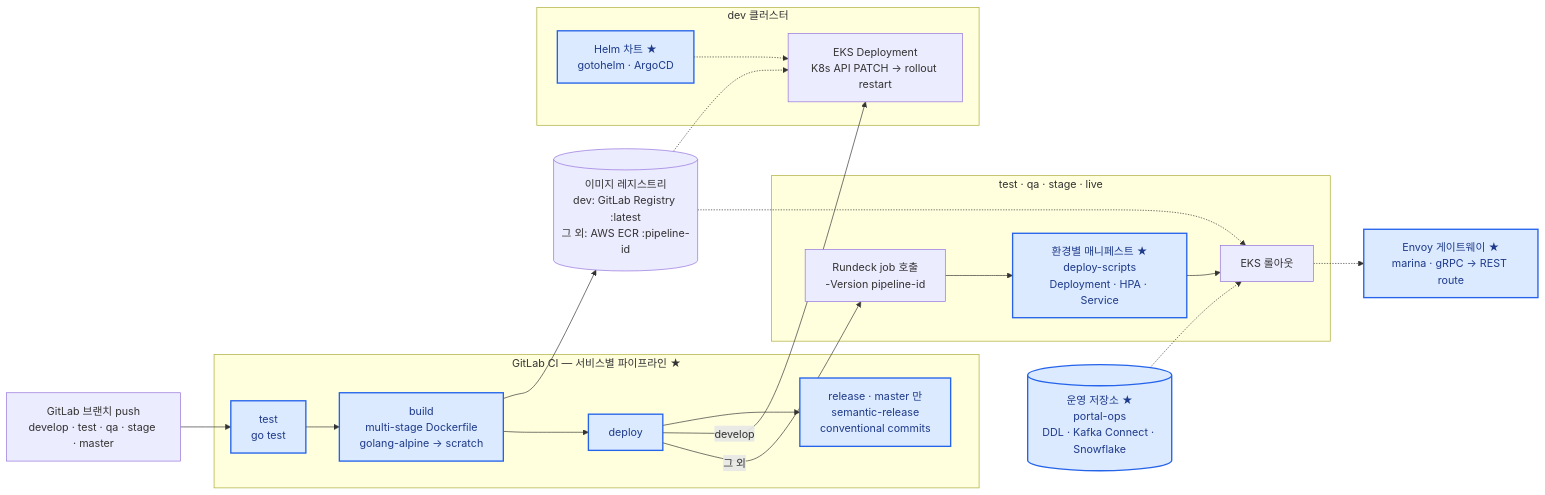
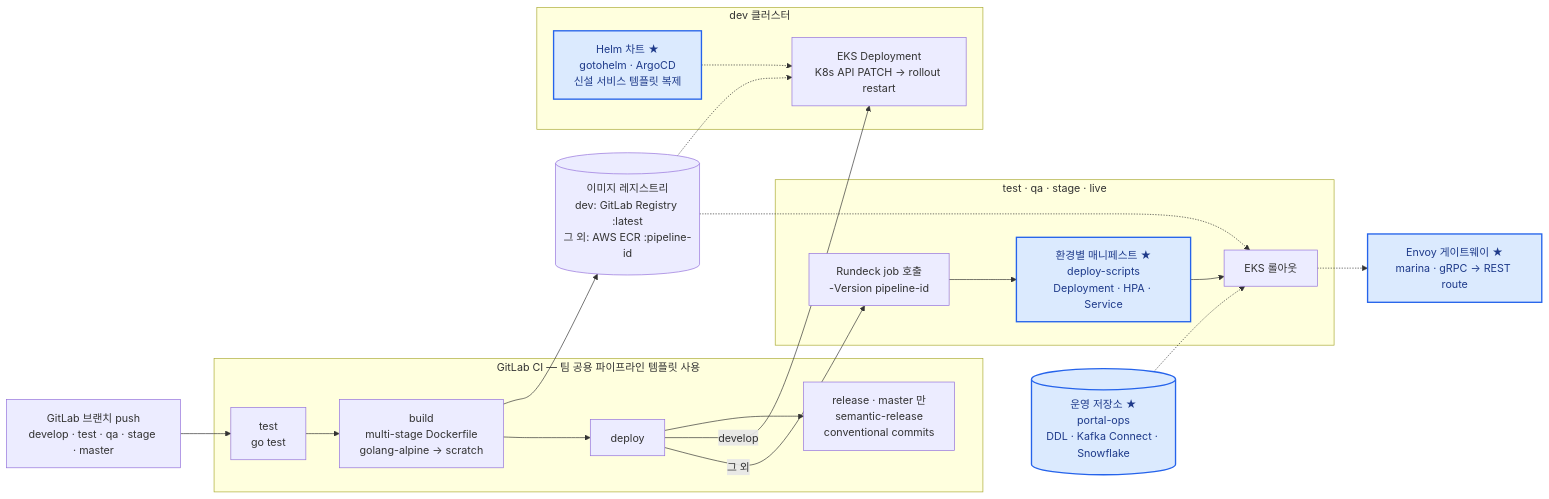
Before and after one commit to shalwxy/career: the diagram in content/diagrams/cicd.mmd, drawn with Mermaid. The commit also changed 9 other files, not shown here.

```diff
--- a/content/diagrams/cicd.mmd
+++ b/content/diagrams/cicd.mmd
@@ -1,33 +1,33 @@
-%% title: CI/CD — 브랜치 push 부터 EKS 롤아웃까지 (★ = 직접 작성·유지한 설정)
-%% title_en: CI/CD — from branch push to EKS rollout (★ = config I wrote or maintained)
+%% title: CI/CD — 브랜치 push 부터 EKS 롤아웃까지 (팀 공용 파이프라인 · ★ = 기존 패턴을 복제해 직접 추가·보수한 설정)
+%% title_en: CI/CD — from branch push to EKS rollout (team pipeline · ★ = config I added or maintained by copying existing patterns)
 flowchart LR
     BR[GitLab 브랜치 push<br/>develop · test · qa · stage · master]
-    subgraph CI[GitLab CI — 서비스별 파이프라인 ★]
+    subgraph CI[GitLab CI — 팀 공용 파이프라인 템플릿 사용]
         T[test<br/>go test]
         B[build<br/>multi-stage Dockerfile<br/>golang-alpine → scratch]
         D[deploy]
         R[release · master 만<br/>semantic-release<br/>conventional commits]
     end
     REG[(이미지 레지스트리<br/>dev: GitLab Registry :latest<br/>그 외: AWS ECR :pipeline-id)]
     subgraph DEV[dev 클러스터]
-        H[Helm 차트 ★<br/>gotohelm · ArgoCD]
+        H[Helm 차트 ★<br/>gotohelm · ArgoCD<br/>신설 서비스 템플릿 복제]
         K1[EKS Deployment<br/>K8s API PATCH → rollout restart]
     end
     subgraph OPS[test · qa · stage · live]
         RD[Rundeck job 호출<br/>-Version pipeline-id]
         M[환경별 매니페스트 ★<br/>deploy-scripts<br/>Deployment · HPA · Service]
         K2[EKS 롤아웃]
     end
     GW[Envoy 게이트웨이 ★<br/>marina · gRPC → REST route]
     OPSREPO[(운영 저장소 ★<br/>portal-ops<br/>DDL · Kafka Connect · Snowflake)]
     BR --> T --> B --> REG
     B --> D --> R
     D -- develop --> K1
     H -.-> K1
     D -- 그 외 --> RD --> M --> K2
     REG -.-> K1
     REG -.-> K2
     K2 -.-> GW
     OPSREPO -.-> K2
     classDef mine fill:#dbeafe,stroke:#2563eb,stroke-width:2px,color:#1e3a8a
-    class T,B,D,R,H,M,GW,OPSREPO mine
+    class H,M,GW,OPSREPO mine
```
